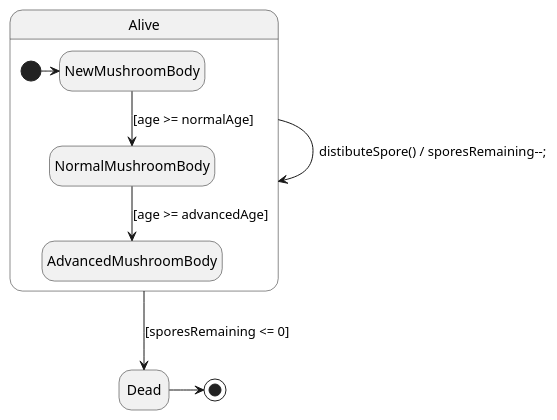
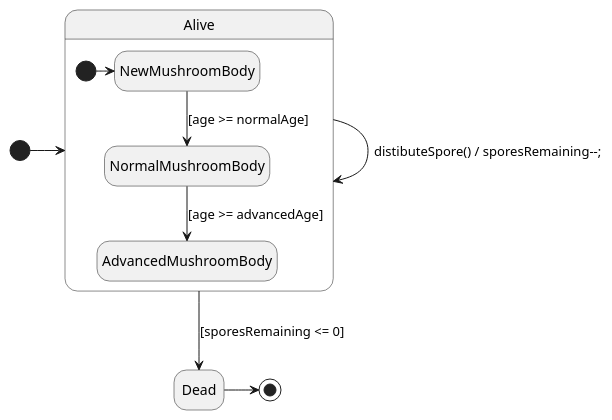
One commit to dzsem/projlab changed the diagram in diagrams/state/mushroom/mushroomBody.wsd. Above: the diagram before and after it, drawn with PlantUML.

Commit message:
Fixed mushroomBody.wsd: added entry  node

```diff
--- a/diagrams/state/mushroom/mushroomBody.wsd
+++ b/diagrams/state/mushroom/mushroomBody.wsd
@@ -1,22 +1,24 @@
 @startuml Mushroom Body Statechart
 hide empty description
+
 
 state Alive {
 
 state NewMushroomBody
 state NormalMushroomBody
 state AdvancedMushroomBody
 
 [*] -> NewMushroomBody
 NewMushroomBody -down-> NormalMushroomBody : [age >= normalAge]
 NormalMushroomBody -down-> AdvancedMushroomBody : [age >= advancedAge]
 }
 
 state Dead
 
+[*] -> Alive
 Alive -> Alive: distibuteSpore() / sporesRemaining--;
 Alive -down-> Dead: [sporesRemaining <= 0]
 
 Dead -> [*]
 
 @enduml
```
